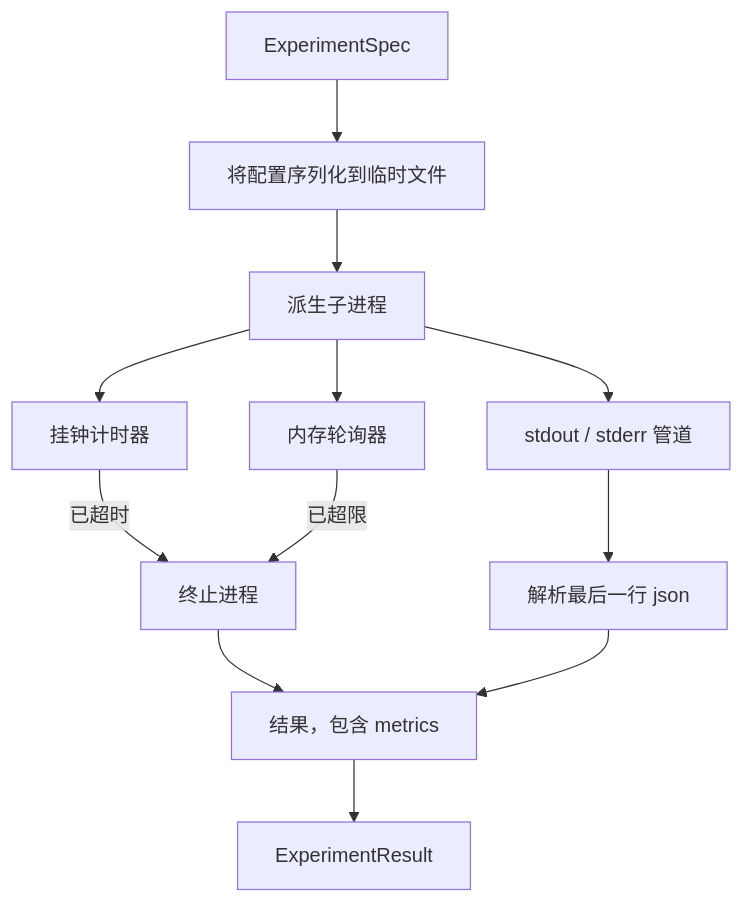
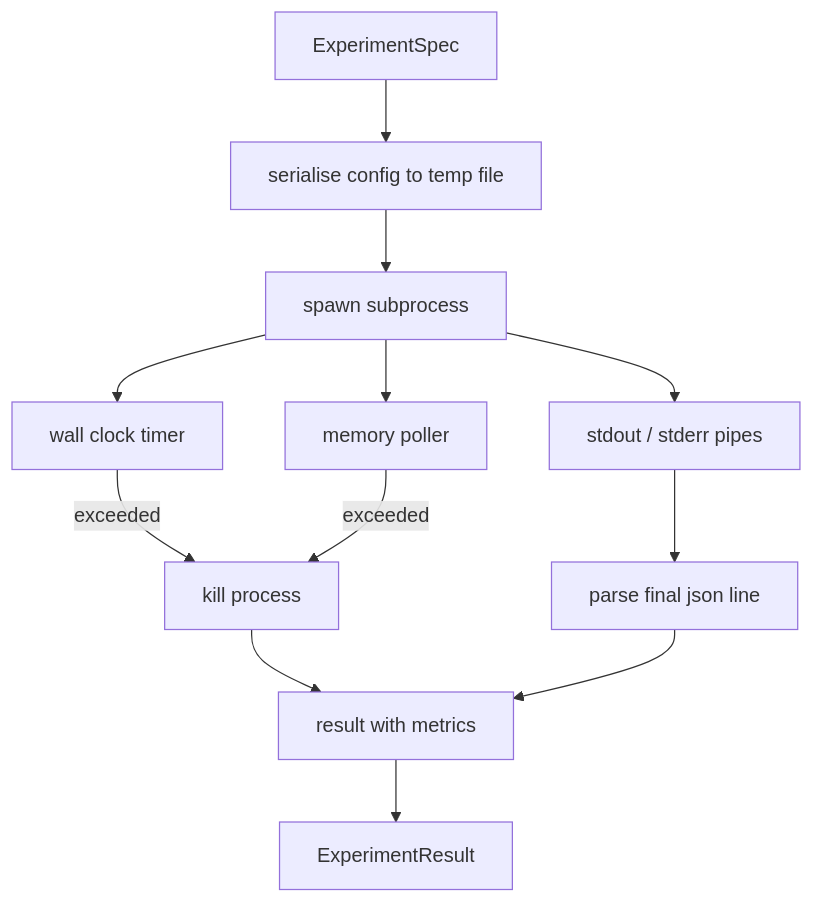
The diagram in i18n/zh/phases/19-capstone-projects/52-experiment-runner/docs/zh.md (xiaojiaenen/ai-engineering-from-scratch-zh), drawn with Mermaid before and after one commit. The commit also changed other lines of this file and 85 other files, not shown here.

````diff
--- a/i18n/zh/phases/19-capstone-projects/52-experiment-runner/docs/zh.md
+++ b/i18n/zh/phases/19-capstone-projects/52-experiment-runner/docs/zh.md
@@ -45,14 +45,14 @@
 ```mermaid
 flowchart TD
-    A[ExperimentSpec] --> B[将配置序列化到临时文件]
-    B --> C[派生子进程]
-    C --> D[stdout / stderr 管道]
-    C --> E[挂钟计时器]
-    C --> F[内存轮询器]
-    E -- 已超时 --> K[终止进程]
-    F -- 已超限 --> K
-    D --> P[解析最后一行 json]
-    K --> R[结果，terminal=timeout 或 oom]
-    P --> R[结果，包含 metrics]
+    A[ExperimentSpec] --> B[serialise config to temp file]
+    B --> C[spawn subprocess]
+    C --> D[stdout / stderr pipes]
+    C --> E[wall clock timer]
+    C --> F[memory poller]
+    E -- exceeded --> K[kill process]
+    F -- exceeded --> K
+    D --> P[parse final json line]
+    K --> R[result with terminal=timeout or oom]
+    P --> R[result with metrics]
     R --> O[ExperimentResult]
 ```
````
